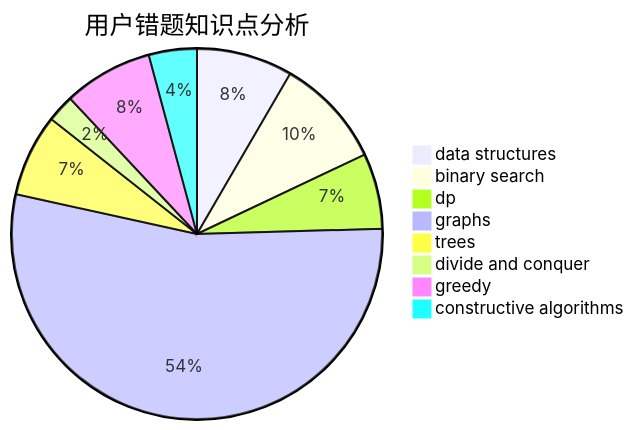
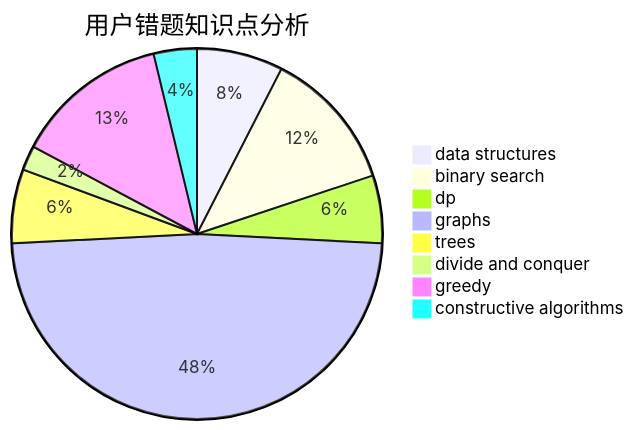
One commit to sherpahu/cfrs.github.io changed the third of 3 diagrams in docs/user/u1144.md. Above: the diagram before and after it, drawn with Mermaid. The commit also changed other lines of this file and 2770 other files, not shown here.

````diff
--- a/docs/user/u1144.md
+++ b/docs/user/u1144.md
@@ -36,11 +36,11 @@
 ```mermaid
 pie title 用户错题知识点分析
     "data structures" :  14
-    "binary search" :  16
+    "binary search" :  23
     "dp" :  11
     "graphs" :  90
     "trees" :  12
     "divide and conquer" :  4
-    "greedy" :  13
+    "greedy" :  25
     "constructive algorithms" :  7
 ```
````
